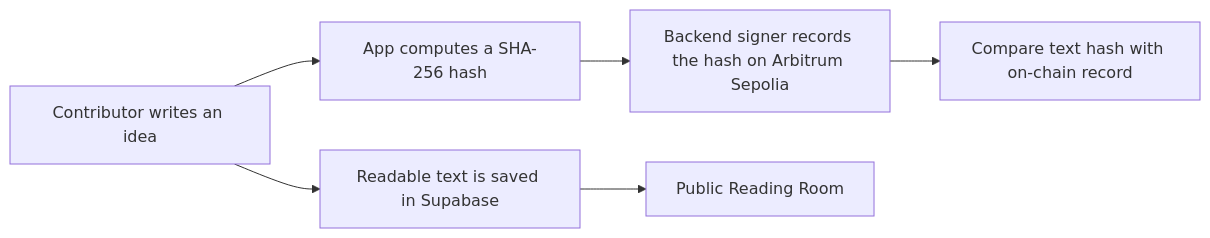
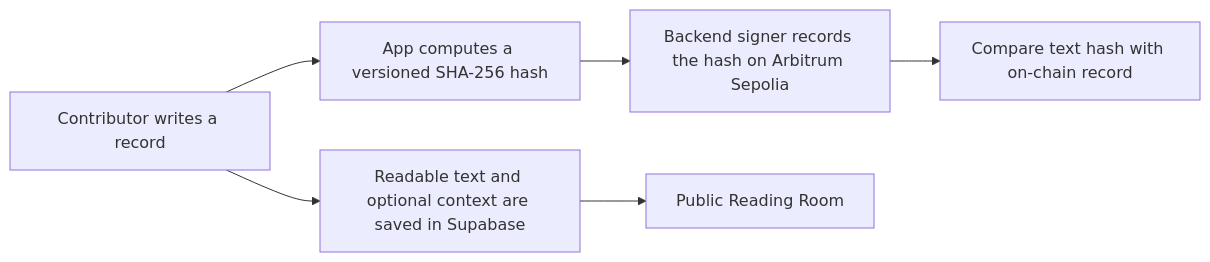
One commit to Valorian0108/permanence-protocol changed the diagram in README.md. Above: the diagram before and after it, drawn with Mermaid. The commit also changed other lines of this file and 22 other files, not shown here.

````diff
--- a/README.md
+++ b/README.md
@@ -25,8 +25,8 @@
 ```mermaid
 flowchart LR
-    A[Contributor writes an idea] --> B[Readable text is saved in Supabase]
-    A --> C[App computes a SHA-256 hash]
+    A[Contributor writes a record] --> B[Readable text and optional context are saved in Supabase]
+    A --> C[App computes a versioned SHA-256 hash]
     C --> D[Backend signer records the hash on Arbitrum Sepolia]
     B --> E[Public Reading Room]
     D --> F[Compare text hash with on-chain record]
 ```
````
